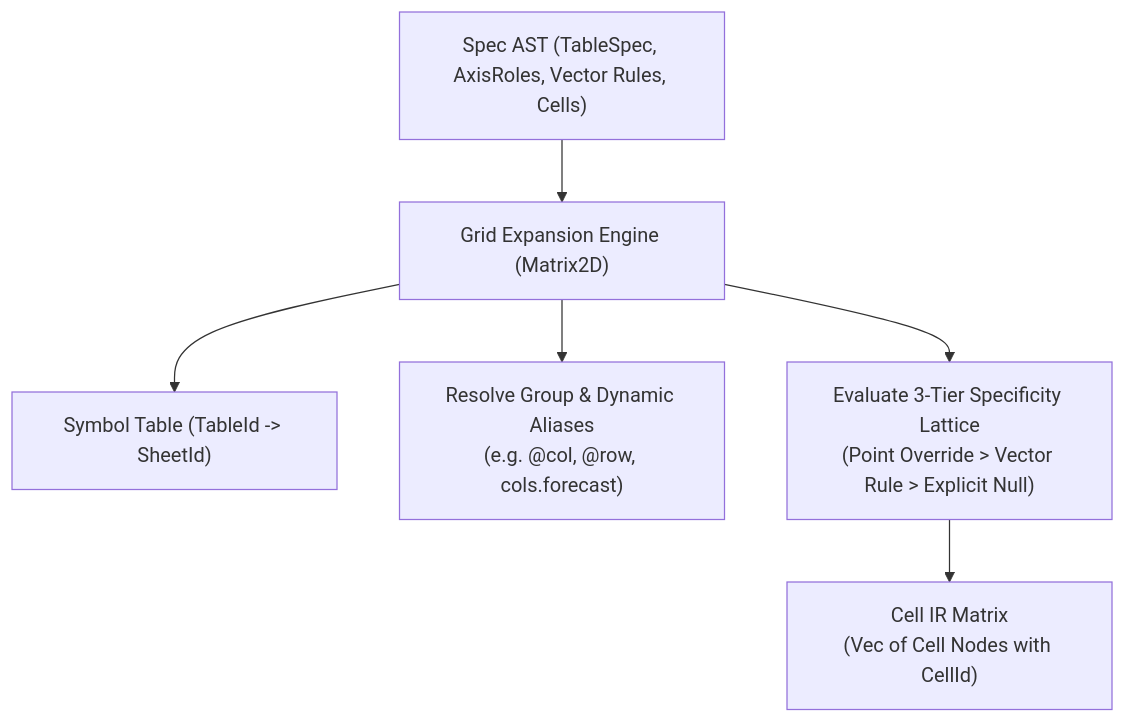
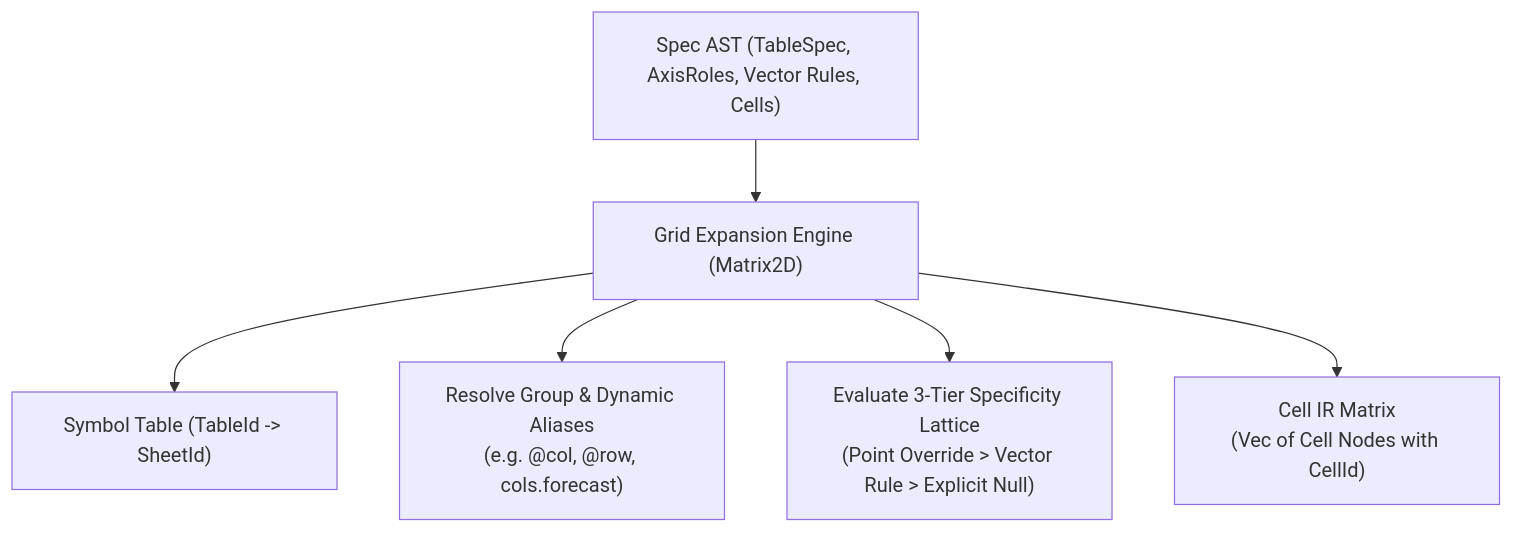
The first of 2 diagrams in docs/compiler/ir.md (mhcfa/f8), drawn with Mermaid before and after one commit. The commit also changed other lines of this file and 10 other files, not shown here.

````diff
--- a/docs/compiler/ir.md
+++ b/docs/compiler/ir.md
@@ -40,8 +40,8 @@
 ```mermaid
 flowchart TD
     A["Spec AST (TableSpec, AxisRoles, Vector Rules, Cells)"] --> B["Grid Expansion Engine (Matrix2D)"]
     B --> C["Symbol Table (TableId -> SheetId)"]
     B --> D["Resolve Group & Dynamic Aliases\n(e.g. @col, @row, cols.forecast)"]
     B --> E["Evaluate 3-Tier Specificity Lattice\n(Point Override > Vector Rule > Explicit Null)"]
-    E --> F["Cell IR Matrix\n(Vec of Cell Nodes with CellId)"]
+    B --> F["Cell IR Matrix\n(Vec of Cell Nodes with CellId)"]
 ```
````
